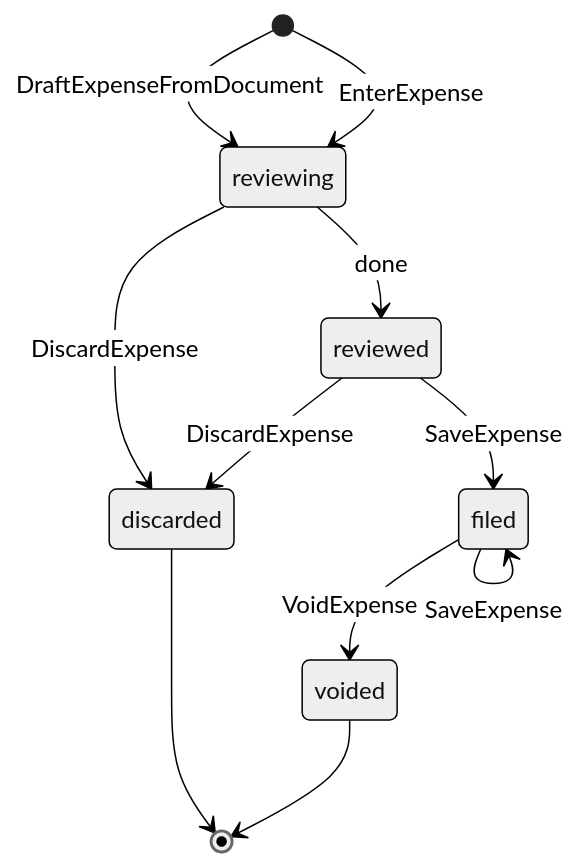
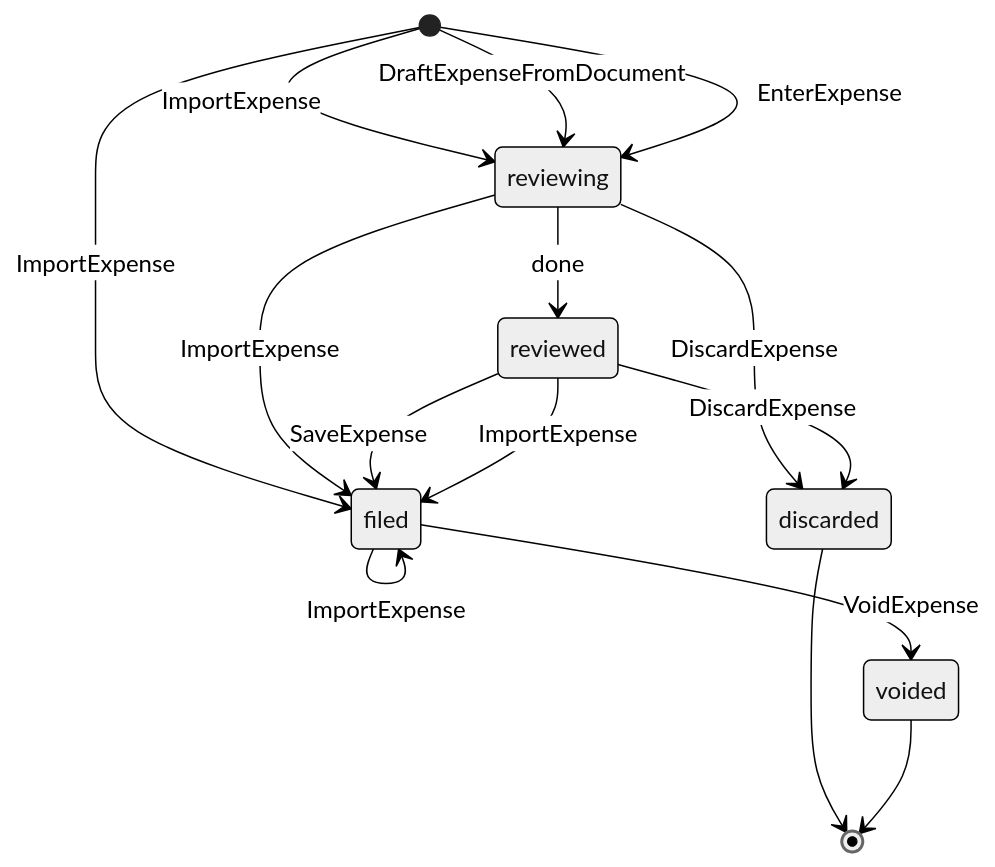
One commit to ismasan/sourced_expenses changed the second of 4 diagrams in README.md. Above: the diagram before and after it, drawn with Mermaid (neutral theme). The commit also changed other lines of this file and 27 other files, not shown here.

````diff
--- a/README.md
+++ b/README.md
@@ -48,13 +49,18 @@
 ```mermaid
 stateDiagram-v2
+  [*] --> filed : ImportExpense
+  [*] --> reviewing : ImportExpense
   [*] --> reviewing : DraftExpenseFromDocument
   [*] --> reviewing : EnterExpense
+  reviewing --> filed : ImportExpense
   reviewing --> discarded : DiscardExpense
   reviewing --> reviewed : done
   reviewed --> filed : SaveExpense
+  reviewed --> filed : ImportExpense
   reviewed --> discarded : DiscardExpense
   filed --> filed : SaveExpense
+  filed --> filed : ImportExpense
   filed --> voided : VoidExpense
   discarded --> [*]
   voided --> [*]
 ```
````
